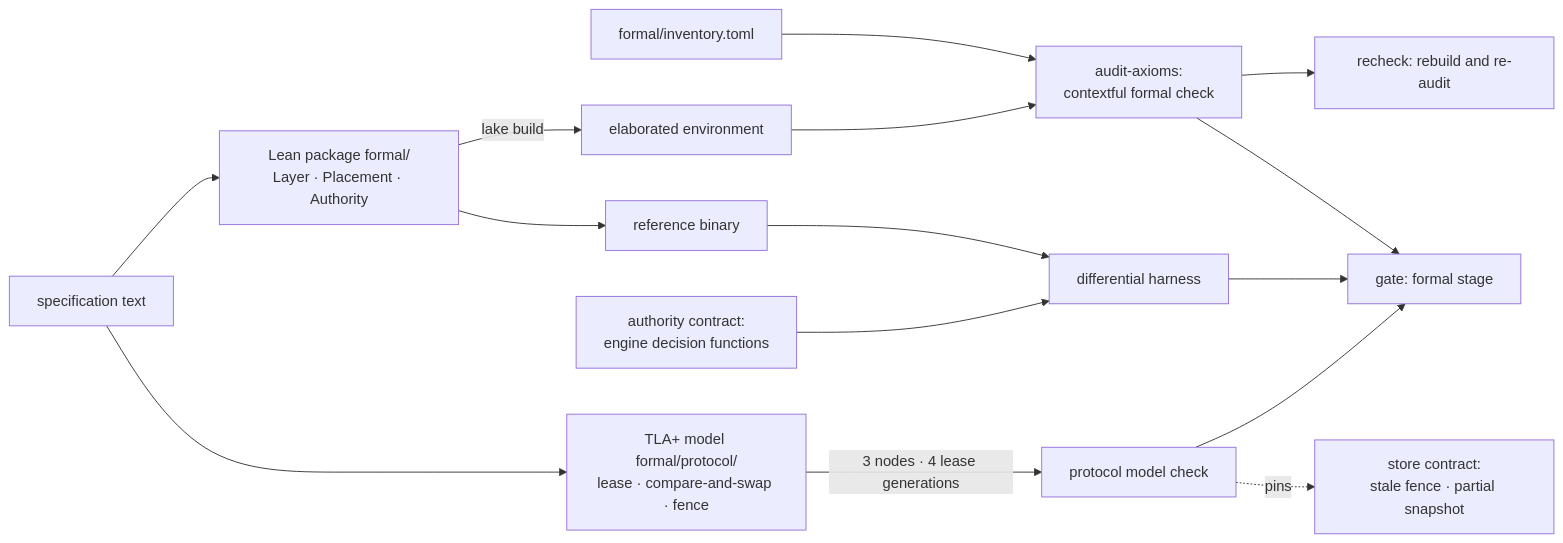
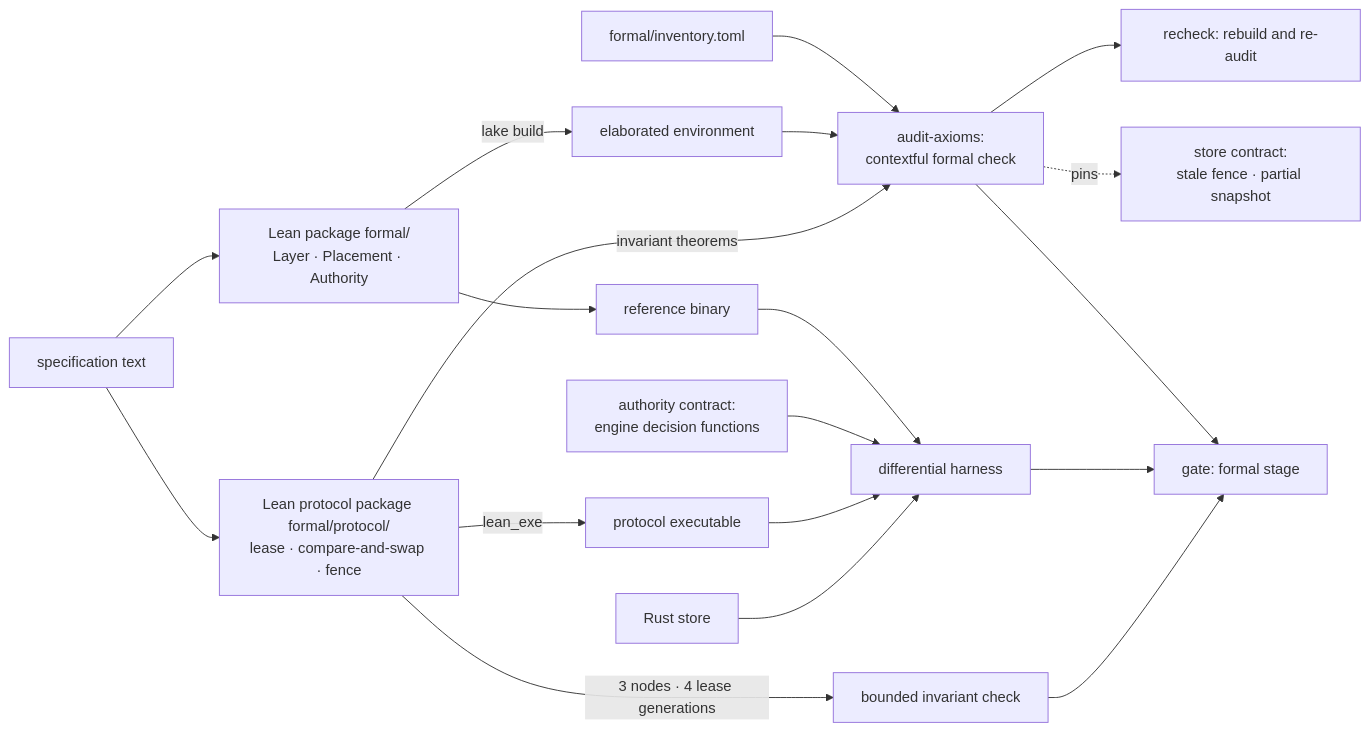
Before and after one commit to fractalboxdev/contextful: the first of 3 diagrams in spec/80-formal.md, drawn with Mermaid. The commit also changed other lines of this file and 4 other files, not shown here.

First line of the commit message:
spec: model the store protocol in Lean 4

````diff
--- a/spec/80-formal.md
+++ b/spec/80-formal.md
@@ -21,17 +22,21 @@
 ```mermaid
 flowchart LR
   SPEC["specification text"] --> LEAN["Lean package formal/<br/>Layer · Placement · Authority"]
-  SPEC --> TLA["TLA+ model formal/protocol/<br/>lease · compare-and-swap · fence"]
+  SPEC --> PROT["Lean protocol package formal/protocol/<br/>lease · compare-and-swap · fence"]
   LEAN -- "lake build" --> ENV["elaborated environment"]
   INV["formal/inventory.toml"] --> AUD["audit-axioms:<br/>contextful formal check"]
   ENV --> AUD
   AUD --> REC["recheck: rebuild and re-audit"]
   LEAN --> REF["reference binary"]
   REF --> DIFF["differential harness"]
   ENG["authority contract:<br/>engine decision functions"] --> DIFF
-  TLA -- "3 nodes · 4 lease generations" --> MC["protocol model check"]
-  MC -. "pins" .-> STORE["store contract:<br/>stale fence · partial snapshot"]
+  PROT -- "3 nodes · 4 lease generations" --> MC["bounded invariant check"]
+  PROT -- "invariant theorems" --> AUD
+  PROT -- "lean_exe" --> PEXE["protocol executable"]
+  PEXE --> DIFF
+  RUST["Rust store"] --> DIFF
+  AUD -. "pins" .-> STORE["store contract:<br/>stale fence · partial snapshot"]
   AUD --> GATE["gate: formal stage"]
   DIFF --> GATE
   MC --> GATE
 ```
````
